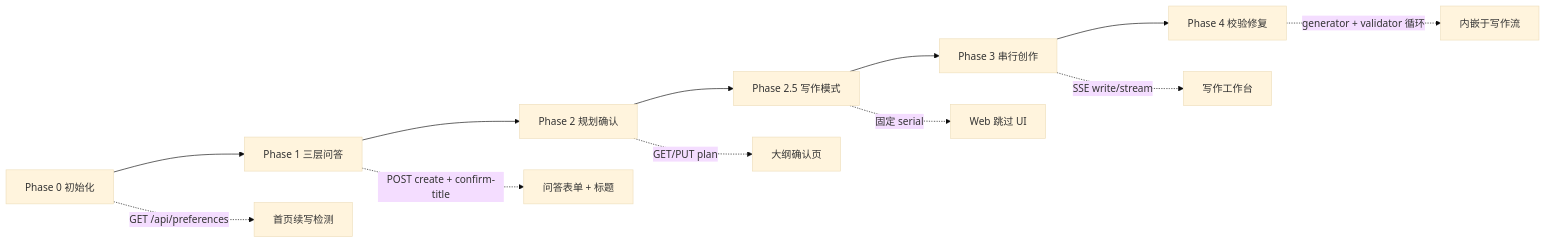
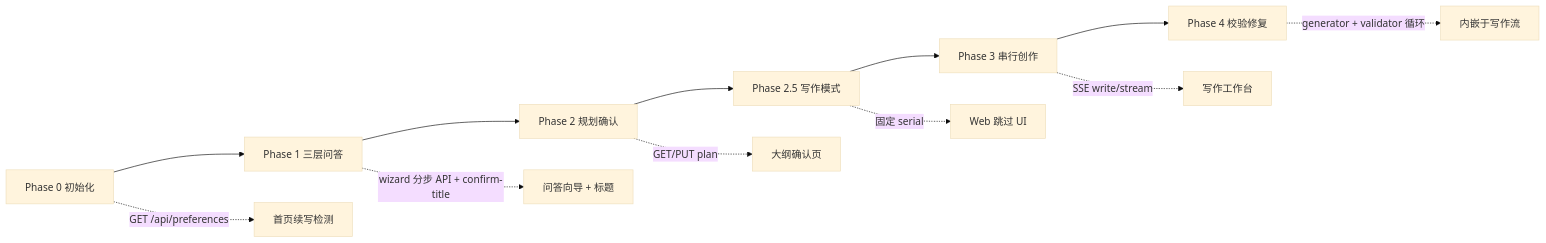
Before and after one commit to blue-idea/story: the third of 4 diagrams in docs/spec/prompts-design.md, drawn with Mermaid (base theme). The commit also changed other lines of this file and 5 other files, not shown here.

````diff
--- a/docs/spec/prompts-design.md
+++ b/docs/spec/prompts-design.md
@@ -34,15 +224,15 @@
 ```mermaid
 flowchart LR
   P0[Phase 0 初始化] --> P1[Phase 1 三层问答]
   P1 --> P2[Phase 2 规划确认]
   P2 --> P25[Phase 2.5 写作模式]
   P25 --> P3[Phase 3 串行创作]
   P3 --> P4[Phase 4 校验修复]
 
   P0 -.->|GET /api/preferences| W0[首页续写检测]
-  P1 -.->|POST create + confirm-title| W1[问答表单 + 标题]
+  P1 -.->|wizard 分步 API + confirm-title| W1[问答向导 + 标题]
   P2 -.->|GET/PUT plan| W2[大纲确认页]
   P25 -.->|固定 serial| SKIP[Web 跳过 UI]
   P3 -.->|SSE write/stream| W3[写作工作台]
   P4 -.->|generator + validator 循环| W4[内嵌于写作流]
 ```
````
